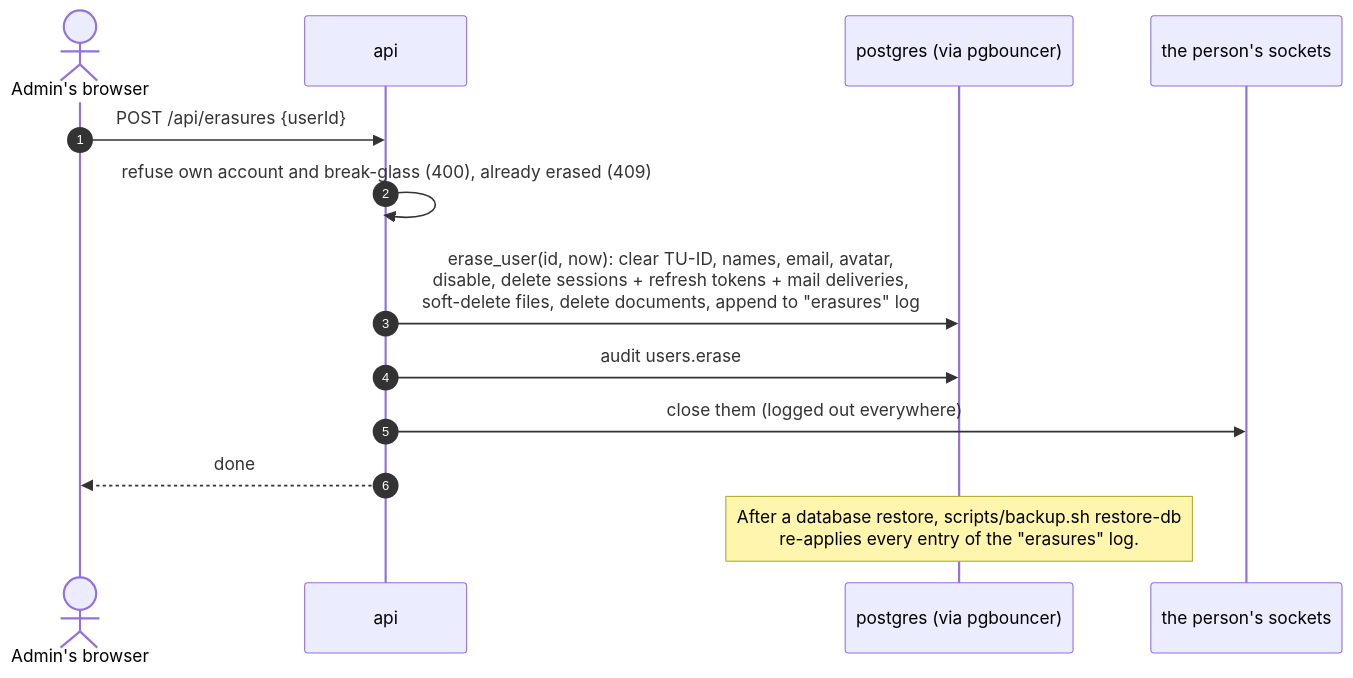
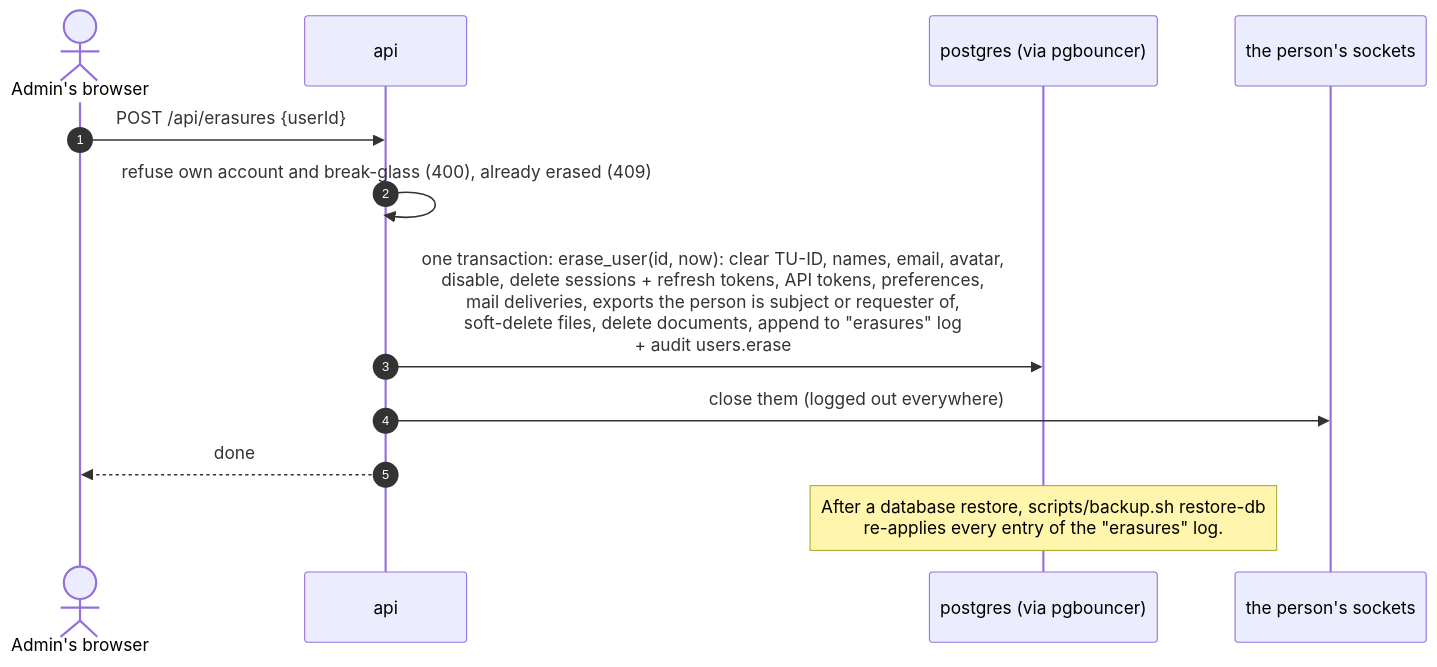
One commit to rabalyn/feathers-skeleton-stack changed the second of 2 diagrams in docs/adr_v2/diagrams/gdpr.md. Above: the diagram before and after it, drawn with Mermaid. The commit also changed other lines of this file and 9 other files, not shown here.

First line of the commit message:
docs(diagrams): match the pages to the ADRs and the code

````diff
--- a/docs/adr_v2/diagrams/gdpr.md
+++ b/docs/adr_v2/diagrams/gdpr.md
@@ -44,16 +44,15 @@
 ```mermaid
 sequenceDiagram
   autonumber
   actor admin as Admin's browser
   participant api
   participant pg as postgres (via pgbouncer)
   participant sockets as the person's sockets
 
   admin->>api: POST /api/erasures {userId}
   api->>api: refuse own account and break-glass (400), already erased (409)
-  api->>pg: erase_user(id, now): clear TU-ID, names, email, avatar,<br>disable, delete sessions + refresh tokens + mail deliveries,<br>soft-delete files, delete documents, append to "erasures" log
-  api->>pg: audit users.erase
+  api->>pg: one transaction: erase_user(id, now): clear TU-ID, names, email, avatar,<br>disable, delete sessions + refresh tokens, API tokens, preferences,<br>mail deliveries, exports the person is subject or requester of,<br>soft-delete files, delete documents, append to "erasures" log<br>+ audit users.erase
   api->>sockets: close them (logged out everywhere)
   api-->>admin: done
   Note over pg: After a database restore, scripts/backup.sh restore-db<br>re-applies every entry of the "erasures" log.
 ```
````
